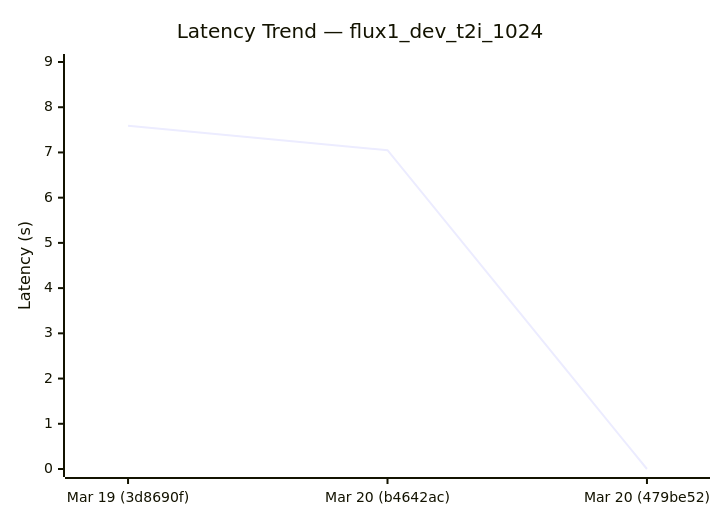
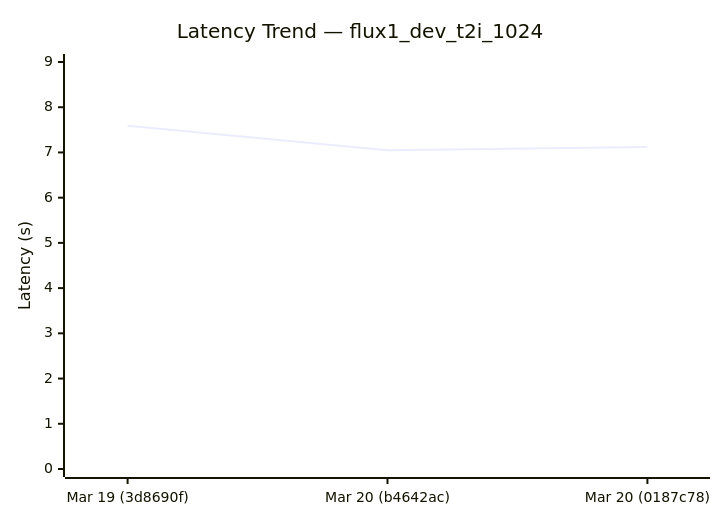
Before and after one commit to sglang-bot/sglang-ci-data: the first of 6 diagrams in diffusion-comparisons/dashboard.md, drawn with Mermaid. The commit also changed other lines of this file and 1 other file, not shown here.

````diff
--- a/diffusion-comparisons/dashboard.md
+++ b/diffusion-comparisons/dashboard.md
@@ -29,7 +30,7 @@
 ```mermaid
 xychart-beta
   title "Latency Trend — flux1_dev_t2i_1024"
-  x-axis ["Mar 19 (3d8690f)", "Mar 20 (b4642ac)", "Mar 20 (479be52)"]
+  x-axis ["Mar 19 (3d8690f)", "Mar 20 (b4642ac)", "Mar 20 (0187c78)"]
   y-axis "Latency (s)" 0 --> 9
-  line [7.59, 7.05, 0.00]
+  line [7.59, 7.05, 7.12]
 ```
````
